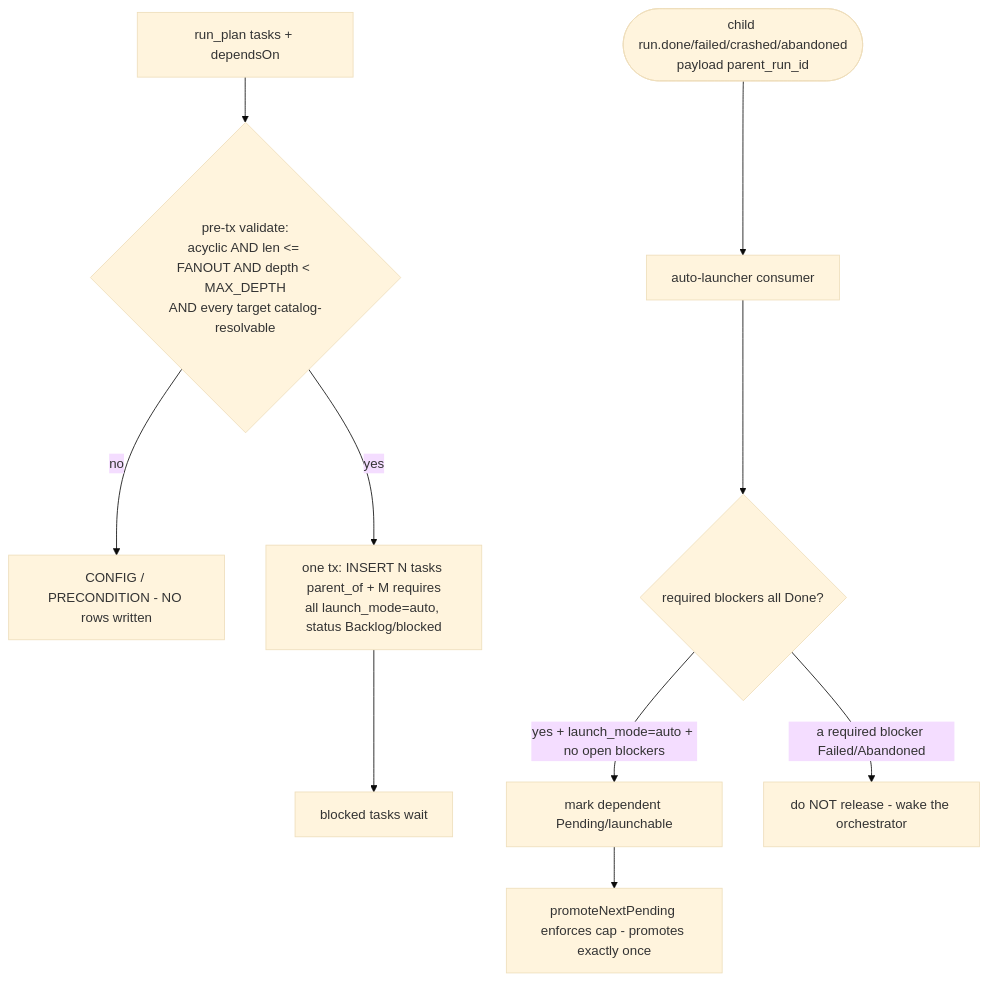
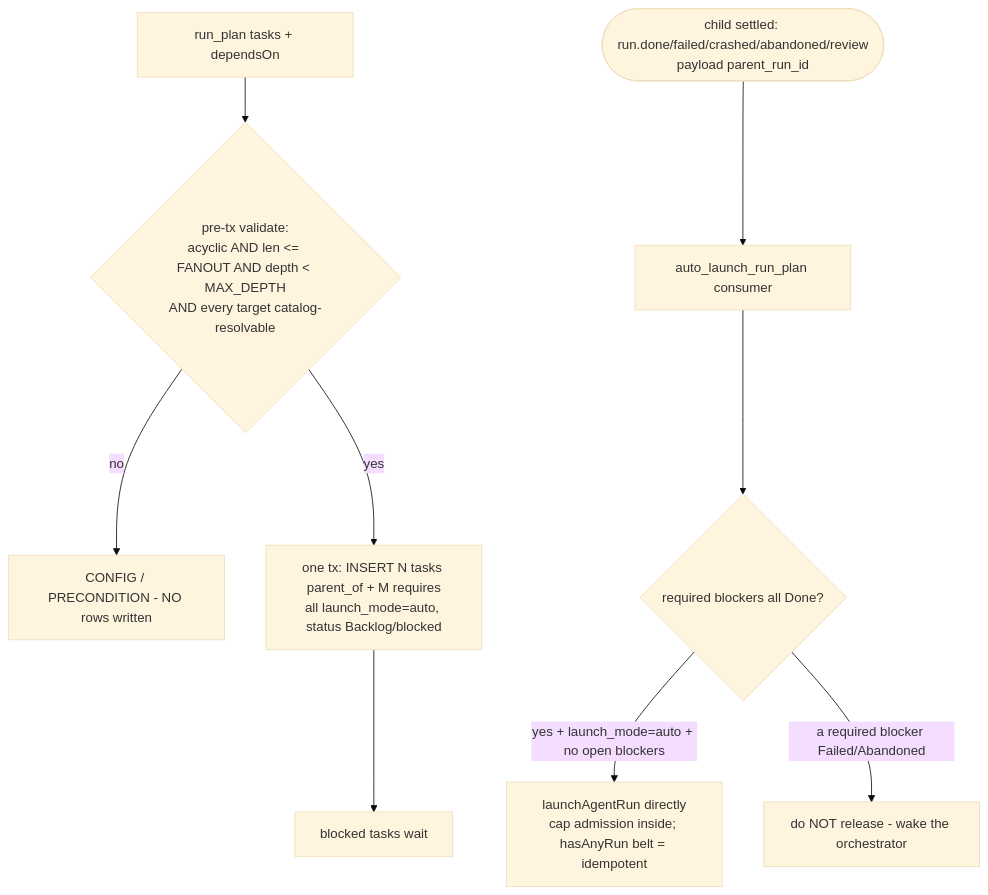
One commit to maister-dev/maister changed the third of 6 diagrams in docs/system-analytics/orchestrator.md. Above: the diagram before and after it, drawn with Mermaid (base theme). The commit also changed other lines of this file and 12 other files, not shown here.

````diff
--- a/docs/system-analytics/orchestrator.md
+++ b/docs/system-analytics/orchestrator.md
@@ -125,12 +132,11 @@
 ```mermaid
 flowchart TD
     RP[run_plan tasks + dependsOn] --> V{pre-tx validate:<br/>acyclic AND len &lt;= FANOUT AND depth &lt; MAX_DEPTH<br/>AND every target catalog-resolvable}
     V -- no --> CFG[CONFIG / PRECONDITION - NO rows written]
     V -- yes --> TX[one tx: INSERT N tasks parent_of + M requires<br/>all launch_mode=auto, status Backlog/blocked]
     TX --> WAIT[blocked tasks wait]
-    CT([child run.done/failed/crashed/abandoned<br/>payload parent_run_id]) --> AL[auto-launcher consumer]
+    CT([child settled: run.done/failed/crashed/abandoned/review<br/>payload parent_run_id]) --> AL[auto_launch_run_plan consumer]
     AL --> Q{required blockers all Done?}
-    Q -- yes + launch_mode=auto + no open blockers --> MARK[mark dependent Pending/launchable]
-    MARK --> PNP[promoteNextPending enforces cap - promotes exactly once]
+    Q -- yes + launch_mode=auto + no open blockers --> LAU[launchAgentRun directly<br/>cap admission inside; hasAnyRun belt = idempotent]
     Q -- a required blocker Failed/Abandoned --> WK[do NOT release - wake the orchestrator]
 ```
````
